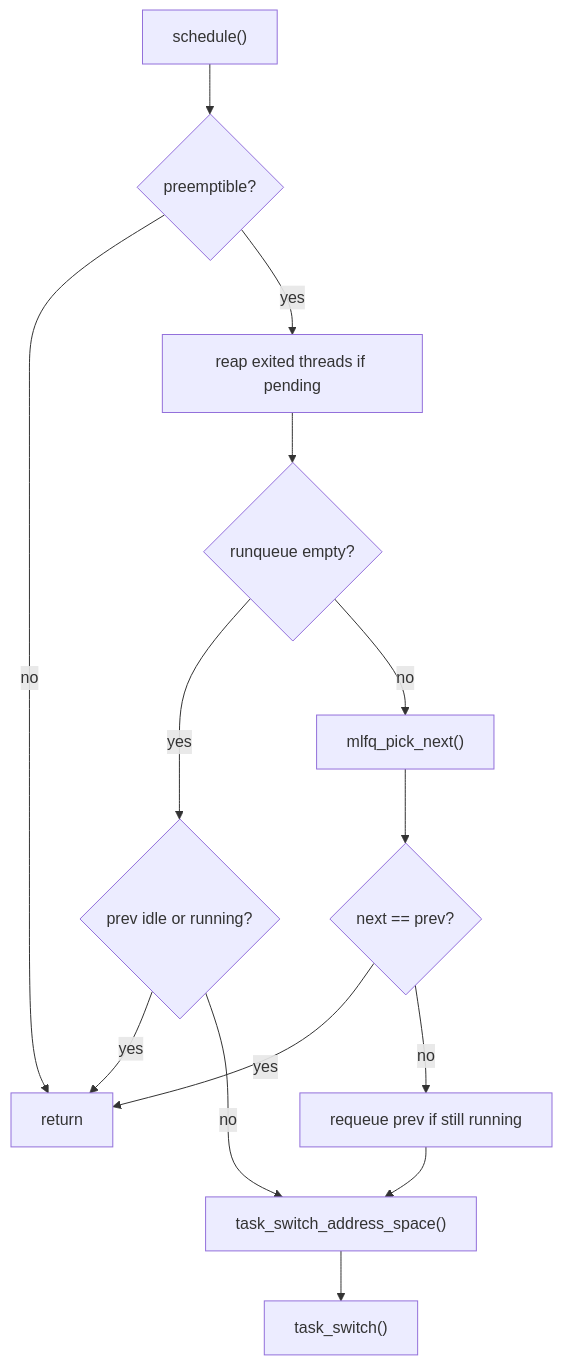
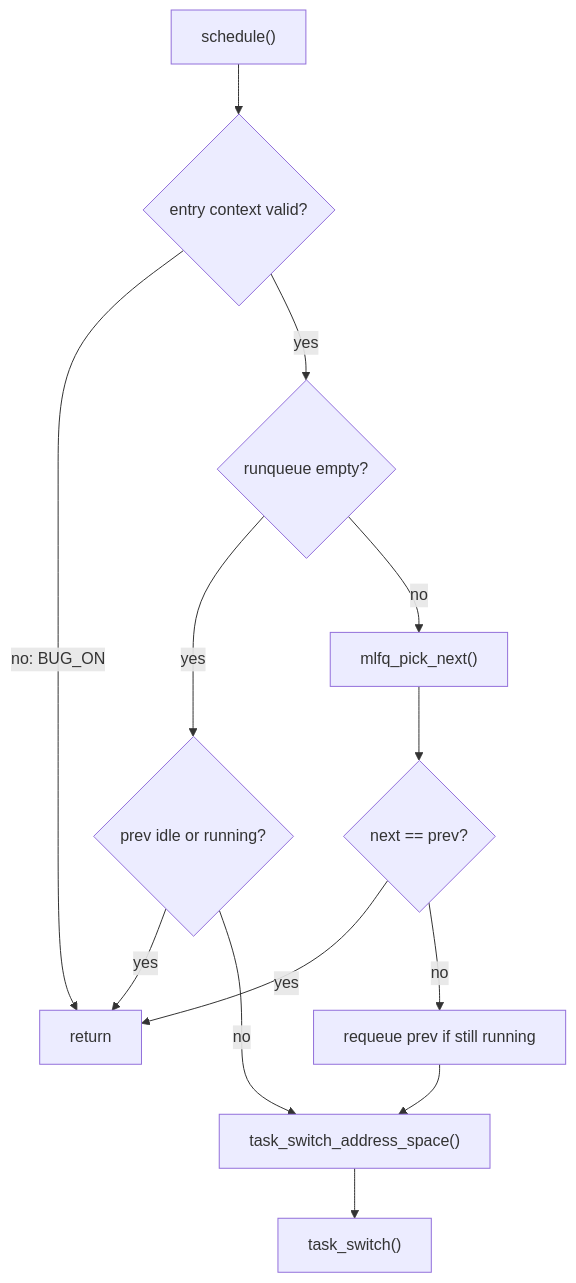
One commit to pillow-zx/CuteOS changed the second of 2 diagrams in docs/architecture/sched.md. Above: the diagram before and after it, drawn with Mermaid. The commit also changed other lines of this file and 21 other files, not shown here.

````diff
--- a/docs/architecture/sched.md
+++ b/docs/architecture/sched.md
@@ -135,24 +133,23 @@
 ```mermaid
 flowchart TD
     Enter["schedule()"]
-    Preempt{"preemptible?"}
-    Reap["reap exited threads if pending"]
+    Guard{"entry context valid?"}
     Empty{"runqueue empty?"}
     Idle{"prev idle or running?"}
     Pick["mlfq_pick_next()"]
     Same{"next == prev?"}
     Requeue["requeue prev if still running"]
     SwitchAS["task_switch_address_space()"]
     Switch["task_switch()"]
     Return["return"]
 
-    Enter --> Preempt
-    Preempt -->|"no"| Return
-    Preempt -->|"yes"| Reap --> Empty
+    Enter --> Guard
+    Guard -->|"no: BUG_ON"| Return
+    Guard -->|"yes"| Empty
     Empty -->|"yes"| Idle
     Idle -->|"yes"| Return
     Idle -->|"no"| SwitchAS
     Empty -->|"no"| Pick --> Same
     Same -->|"yes"| Return
     Same -->|"no"| Requeue --> SwitchAS --> Switch
 ```
````
